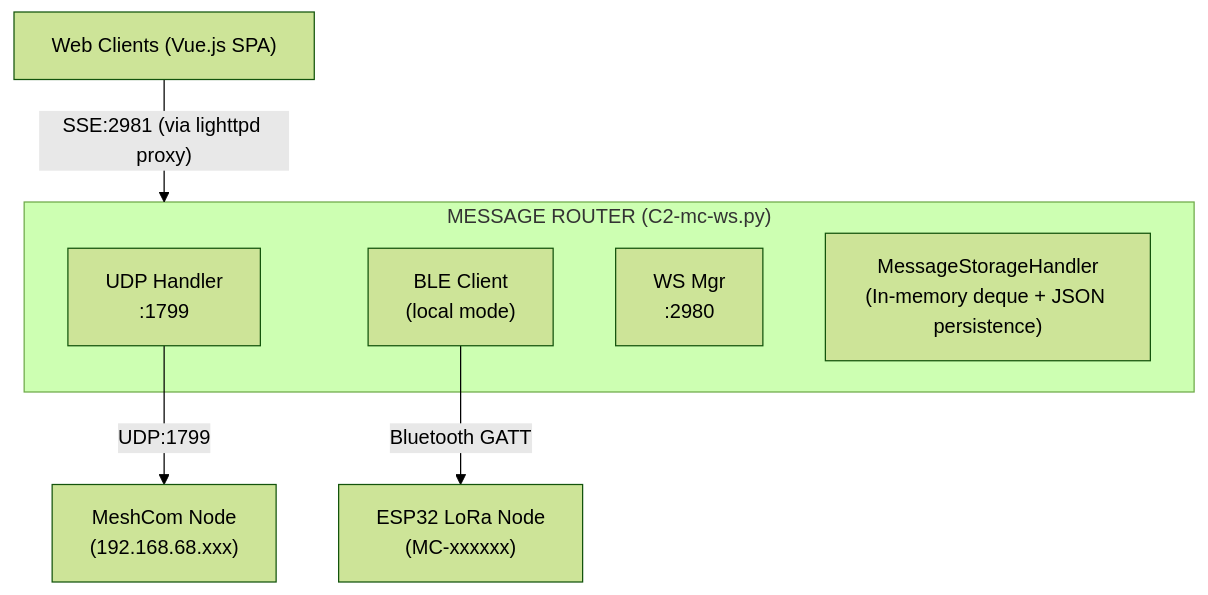
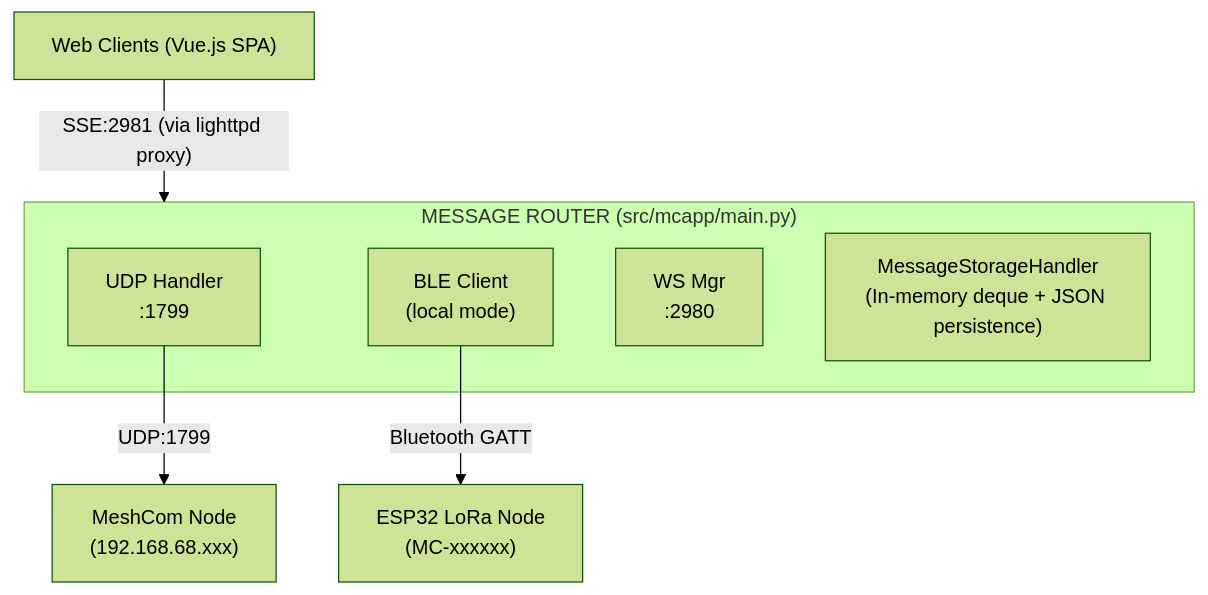
One commit to DK5EN/McApp changed the first of 3 diagrams in CLAUDE.md. Above: the diagram before and after it, drawn with Mermaid (forest theme). The commit also changed other lines of this file and 9 other files, not shown here.

````diff
--- a/CLAUDE.md
+++ b/CLAUDE.md
@@ -12,16 +12,16 @@
 ```mermaid
 flowchart TD
     WC["Web Clients (Vue.js SPA)"]
 
     WC -- "SSE:2981 (via lighttpd proxy)" --> MR
 
-    subgraph MR["MESSAGE ROUTER (C2-mc-ws.py)"]
+    subgraph MR["MESSAGE ROUTER (src/mcapp/main.py)"]
         UDP["UDP Handler<br/>:1799"]
         BLE["BLE Client<br/>(local mode)"]
         WS["WS Mgr<br/>:2980"]
         MSH["MessageStorageHandler<br/>(In-memory deque + JSON persistence)"]
     end
 
     UDP -- "UDP:1799" --> MCN["MeshCom Node<br/>(192.168.68.xxx)"]
     BLE -- "Bluetooth GATT" --> ESP["ESP32 LoRa Node<br/>(MC-xxxxxx)"]
 ```
````
